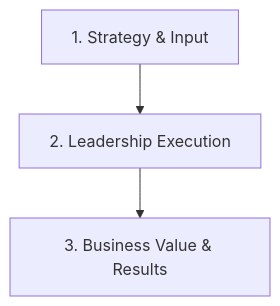
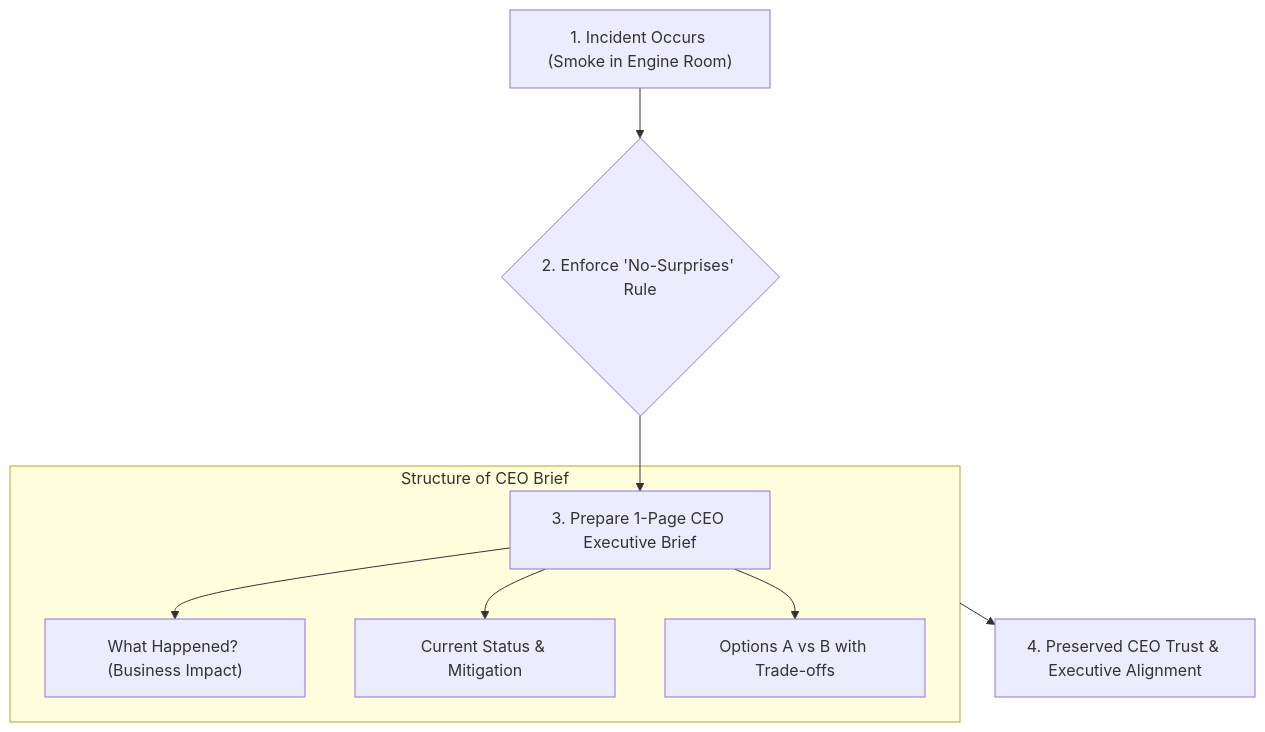
One commit to PankajKumarCTO/blog-store changed the diagram in users/pankajhyd/posts/managing-upward-keeping-the-ceo-informed-without-overwhelming.md. Above: the diagram before and after it, drawn with Mermaid. The commit also changed other lines of this file, not shown here.

Commit message:
Review and update post-022 content, PPT slides, and Mermaid diagram

````diff
--- a/users/pankajhyd/posts/managing-upward-keeping-the-ceo-informed-without-overwhelming.md
+++ b/users/pankajhyd/posts/managing-upward-keeping-the-ceo-informed-without-overwhelming.md
@@ -34,5 +54,14 @@
 ```mermaid
 graph TD
-    Input["1. Strategy & Input"] --> Process["2. Leadership Execution"]
-    Process --> Output["3. Business Value & Results"]
+    Incident["1. Incident Occurs (Smoke in Engine Room)"] --> Rule{"2. Enforce 'No-Surprises' Rule"}
+    
+    Rule --> Brief["3. Prepare 1-Page CEO Executive Brief"]
+    
+    subgraph BriefStructure["Structure of CEO Brief"]
+        Brief --> Problem["What Happened? (Business Impact)"]
+        Brief --> Status["Current Status & Mitigation"]
+        Brief --> Options["Options A vs B with Trade-offs"]
+    end
+    
+    BriefStructure --> Trust["4. Preserved CEO Trust & Executive Alignment"]
 ```
````
